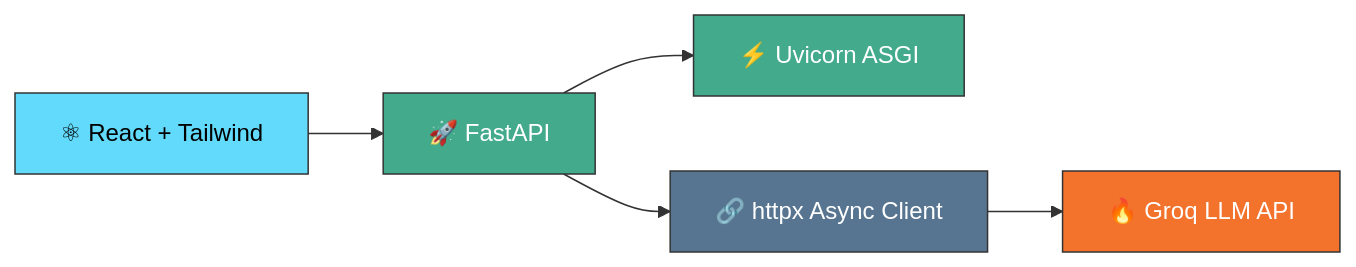
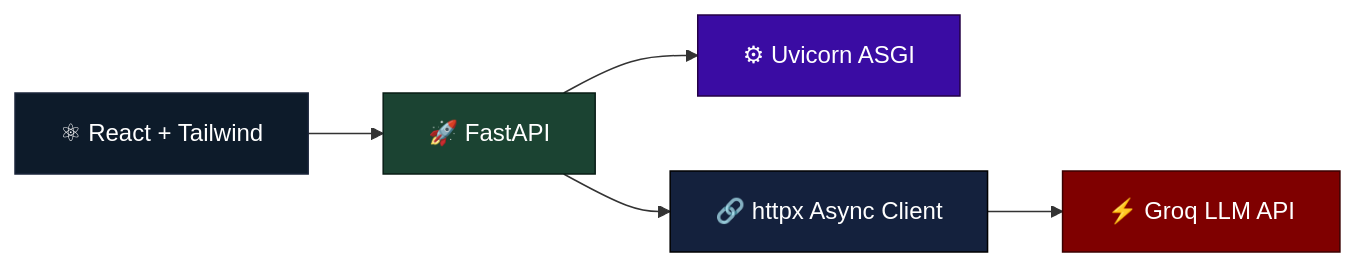
Before and after one commit to kaushlendra0607/NLP_Sentiment_Analysis: the third of 4 diagrams in Readme.md, drawn with Mermaid. The commit also changed other lines of this file, not shown here.

````diff
--- a/Readme.md
+++ b/Readme.md
@@ -112,13 +111,14 @@
 ```mermaid
 flowchart LR
 
     A[⚛ React + Tailwind]:::frontend --> B[🚀 FastAPI]:::backend
-    B --> C[⚡ Uvicorn ASGI]:::backend
+    B --> C[⚙ Uvicorn ASGI]:::infra
     B --> D[🔗 httpx Async Client]:::logic
-    D --> E[🔥 Groq LLM API]:::llm
+    D --> E[⚡ Groq LLM API]:::llm
 
-    classDef frontend fill:#61dafb,stroke:#333,color:#000;
-    classDef backend fill:#43aa8b,stroke:#333,color:#fff;
-    classDef logic fill:#577590,stroke:#333,color:#fff;
-    classDef llm fill:#f3722c,stroke:#333,color:#fff;
+    classDef frontend fill:#0d1b2a,stroke:#1b263b,color:#ffffff;
+    classDef backend fill:#1b4332,stroke:#081c15,color:#ffffff;
+    classDef infra fill:#3a0ca3,stroke:#240046,color:#ffffff;
+    classDef logic fill:#14213d,stroke:#000000,color:#ffffff;
+    classDef llm fill:#7f0000,stroke:#3b0000,color:#ffffff;
 ```
````
